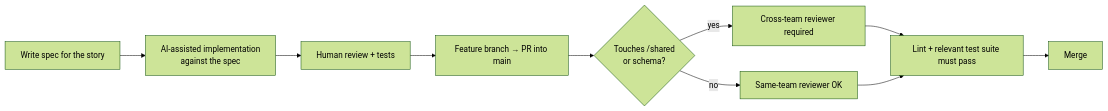
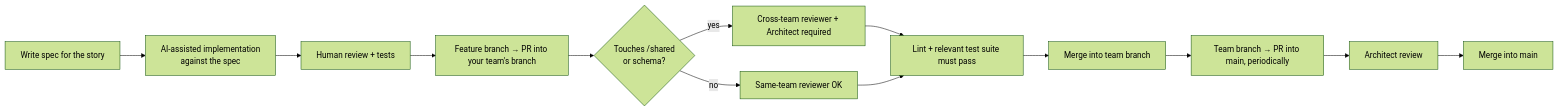
The third of 3 diagrams in README.md (glint-hk/venuemanagementsystem), drawn with Mermaid (forest theme) before and after one commit. The commit also changed other lines of this file and 1 other file, not shown here.

First line of the commit message:
Document the per-team branch workflow

````diff
--- a/README.md
+++ b/README.md
@@ -322,12 +322,15 @@
 ```mermaid
 flowchart LR
     A[Write spec for the story] --> B[AI-assisted implementation<br/>against the spec]
     B --> C[Human review + tests]
-    C --> D[Feature branch → PR into main]
+    C --> D[Feature branch → PR into your team's branch]
     D --> E{Touches /shared<br/>or schema?}
-    E -->|yes| F[Cross-team reviewer required]
+    E -->|yes| F[Cross-team reviewer + Architect required]
     E -->|no| G[Same-team reviewer OK]
     F --> H[Lint + relevant test suite must pass]
     G --> H
-    H --> I[Merge]
+    H --> I[Merge into team branch]
+    I --> J[Team branch → PR into main, periodically]
+    J --> K[Architect review]
+    K --> L[Merge into main]
 ```
````
